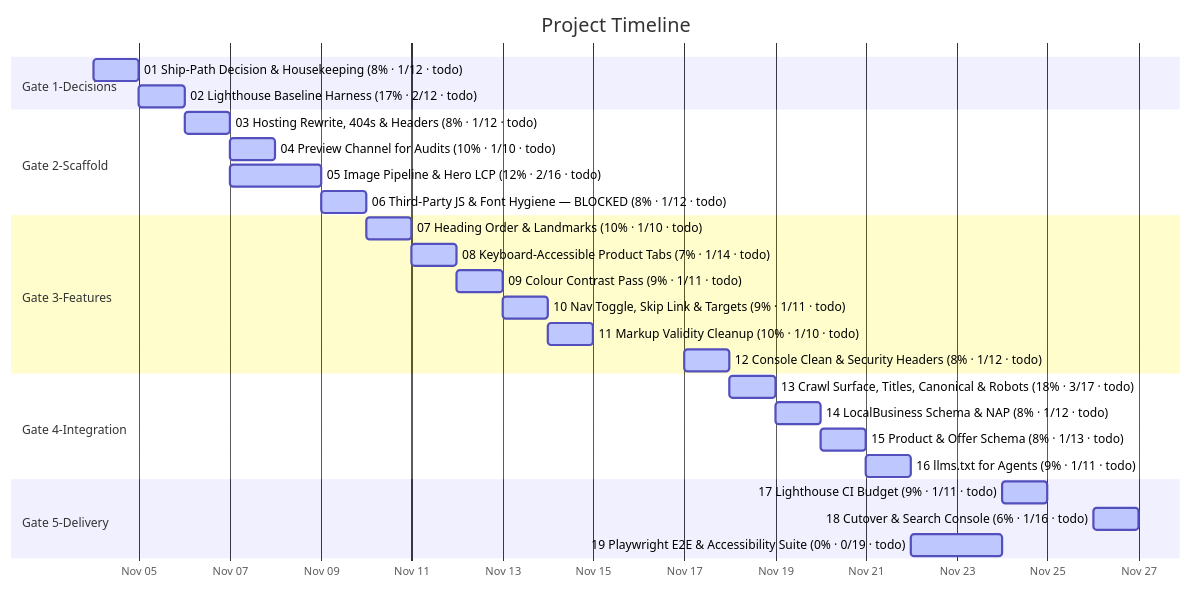
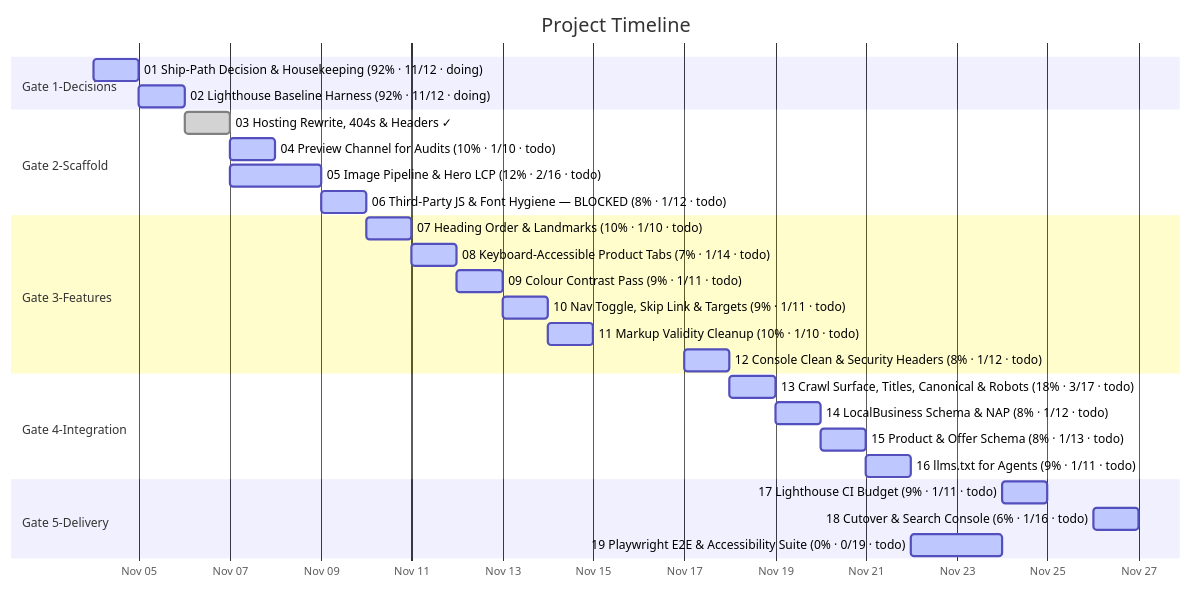
The diagram in docs/diagrams/task-gantt.md (matterattetatte/esmia-v5), drawn with Mermaid before and after one commit. The commit also changed other lines of this file and 16 other files, not shown here.

First line of the commit message:
Give the build one deploy target and a repeatable Lighthouse baseline (#3)

````diff
--- a/docs/diagrams/task-gantt.md
+++ b/docs/diagrams/task-gantt.md
@@ -27,31 +27,31 @@
 ```mermaid
 gantt
     title Project Timeline
     dateFormat  YYYY-MM-DD
     axisFormat  %b %d
 
     section Gate 1-Decisions
-    01 Ship-Path Decision & Housekeeping (8% · 1/12 · todo) : active, 2026-11-04, 1d
-    02 Lighthouse Baseline Harness (17% · 2/12 · todo) : active, 2026-11-05, 1d
+    01 Ship-Path Decision & Housekeeping (92% · 11/12 · doing) : active, 2026-11-04, 1d
+    02 Lighthouse Baseline Harness (92% · 11/12 · doing) : active, 2026-11-05, 1d
     section Gate 2-Scaffold
-    03 Hosting Rewrite, 404s & Headers (8% · 1/12 · todo) : active, 2026-11-06, 1d
+    03 Hosting Rewrite, 404s & Headers ✓ : done, 2026-11-06, 1d
     04 Preview Channel for Audits (10% · 1/10 · todo) : active, 2026-11-07, 1d
     05 Image Pipeline & Hero LCP (12% · 2/16 · todo) : active, 2026-11-07, 2d
     06 Third-Party JS & Font Hygiene — BLOCKED (8% · 1/12 · todo) : active, 2026-11-09, 1d
     section Gate 3-Features
     07 Heading Order & Landmarks (10% · 1/10 · todo) : active, 2026-11-10, 1d
     08 Keyboard-Accessible Product Tabs (7% · 1/14 · todo) : active, 2026-11-11, 1d
     09 Colour Contrast Pass (9% · 1/11 · todo) : active, 2026-11-12, 1d
     10 Nav Toggle, Skip Link & Targets (9% · 1/11 · todo) : active, 2026-11-13, 1d
     11 Markup Validity Cleanup (10% · 1/10 · todo) : active, 2026-11-14, 1d
     12 Console Clean & Security Headers (8% · 1/12 · todo) : active, 2026-11-17, 1d
     section Gate 4-Integration
     13 Crawl Surface, Titles, Canonical & Robots (18% · 3/17 · todo) : active, 2026-11-18, 1d
     14 LocalBusiness Schema & NAP (8% · 1/12 · todo) : active, 2026-11-19, 1d
     15 Product & Offer Schema (8% · 1/13 · todo) : active, 2026-11-20, 1d
     16 llms.txt for Agents (9% · 1/11 · todo) : active, 2026-11-21, 1d
     section Gate 5-Delivery
     17 Lighthouse CI Budget (9% · 1/11 · todo) : active, 2026-11-24, 1d
     18 Cutover & Search Console (6% · 1/16 · todo) : active, 2026-11-26, 1d
     19 Playwright E2E & Accessibility Suite (0% · 0/19 · todo) : active, 2026-11-22, 2d
 ```
````
